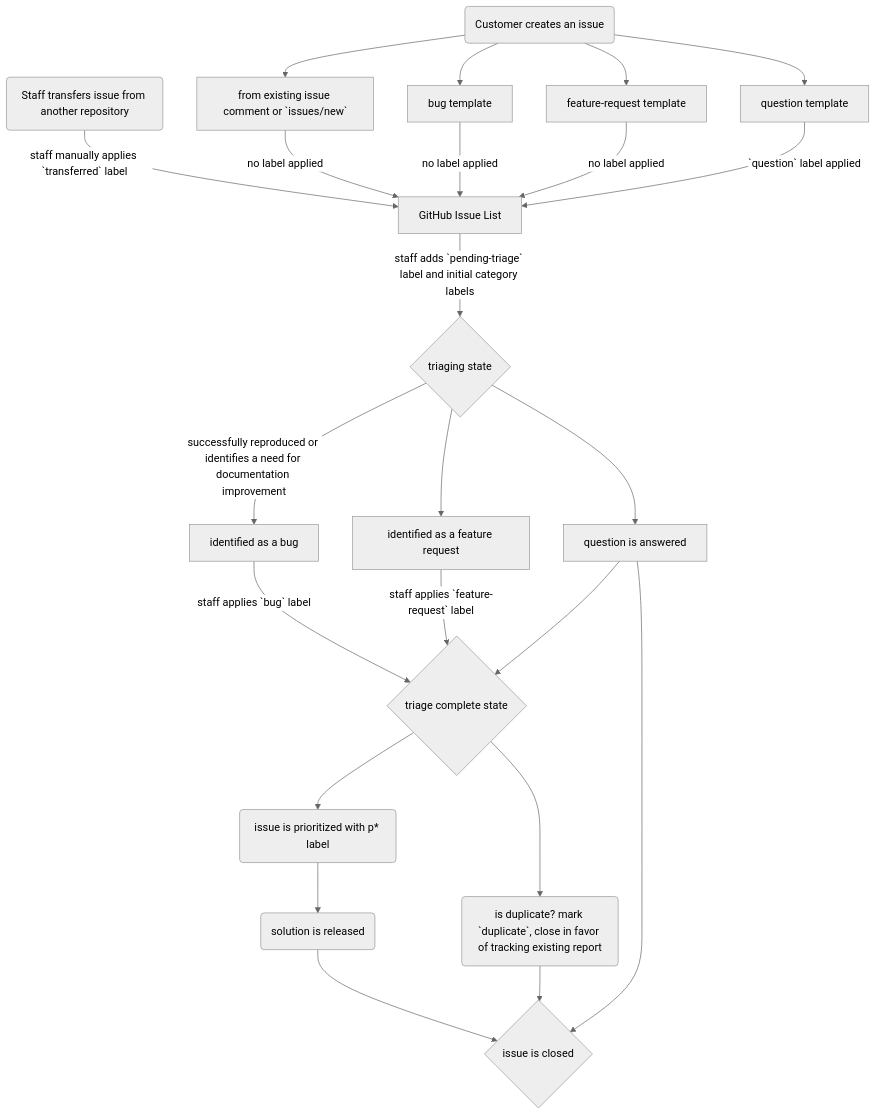
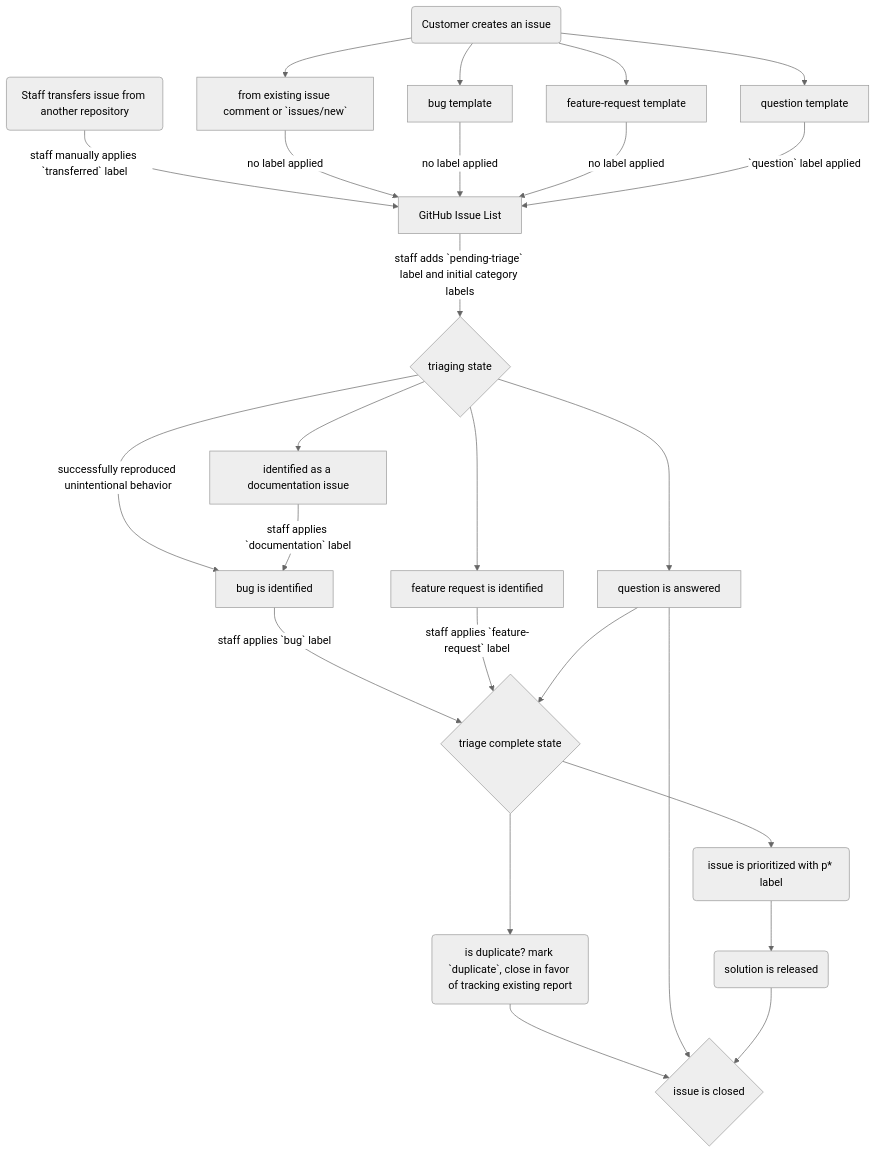
One commit to josefaidt/oss-notes changed the diagram in triage-flowchart.md. Above: the diagram before and after it, drawn with Mermaid (neutral theme).

Commit message:
feat: identifies documentation issues as bug

````diff
--- a/triage-flowchart.md
+++ b/triage-flowchart.md
@@ -3,33 +3,35 @@
 ```mermaid
 graph TD
     A(Staff transfers issue from another repository) -->|staff manually applies `transferred` label| H[GitHub Issue List]
     B(Customer creates an issue)
     B --> D[from existing issue comment or `issues/new`]
     B --> E[bug template]
     B --> F[feature-request template]
     B --> G[question template]
     H[GitHub Issue List]
     D -->|no label applied| H
     E -->|no label applied| H
     F -->|no label applied| H
     G -->|`question` label applied| H
     I{triaging state}
     H -->|staff adds `pending-triage` label and initial category labels| I
-    I -->|successfully reproduced or identifies a need for documentation improvement| J[identified as a bug]
-    I --> K[identified as a feature request]
+    I -->|successfully reproduced unintentional behavior| J[bug is identified]
+    I --> K[feature request is identified]
     I --> L[question is answered]
+    I --> M[identified as a documentation issue]
+    M -->|staff applies `documentation` label| J
     O{triage complete state}
     J -->|staff applies `bug` label| O
     K -->|staff applies `feature-request` label| O
     L --> O
     P(issue is prioritized with p* label)
     Q(is duplicate? mark `duplicate`, close in favor of tracking existing report)
     O --> P
     O --> Q
     R(solution is released)
     P --> R
     Z{issue is closed}
     Q --> Z
     L --> Z
     R --> Z
 ```
````
